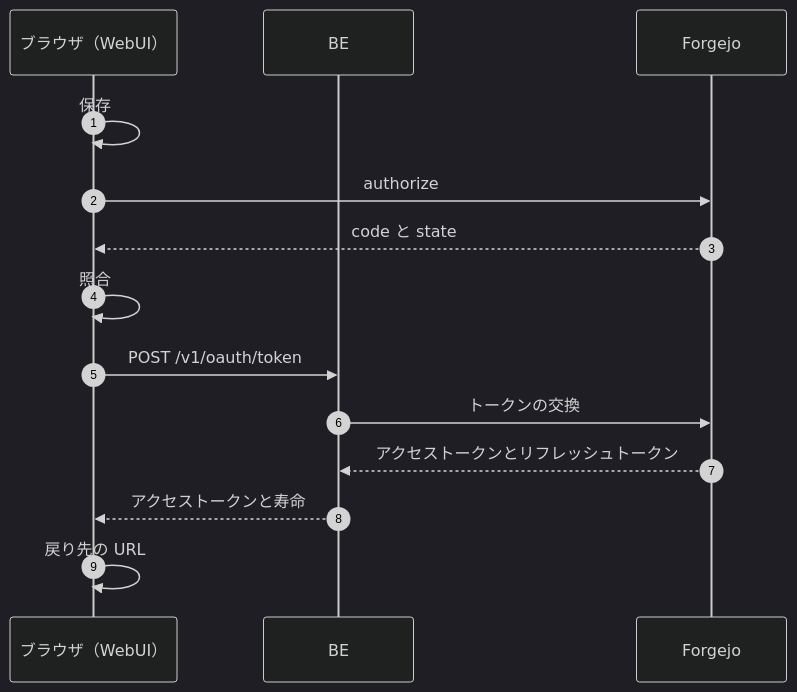
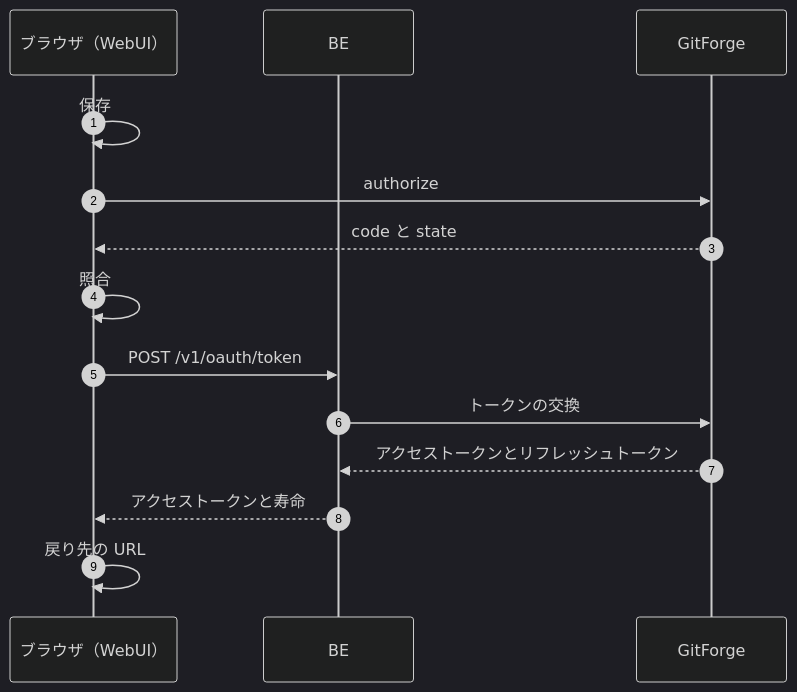
The diagram in design/webui/signin-flow.md (yamambainc/logiforge), drawn with Mermaid (dark theme) before and after one commit. The commit also changed other lines of this file and 48 other files, not shown here.

````diff
--- a/design/webui/signin-flow.md
+++ b/design/webui/signin-flow.md
@@ -8,16 +8,16 @@
 ```mermaid
 sequenceDiagram
   autonumber
   participant B as ブラウザ（WebUI）
   participant BE as BE
-  participant F as Forgejo
+  participant G as GitForge
   B->>B: 保存
-  B->>F: authorize
-  F-->>B: code と state
+  B->>G: authorize
+  G-->>B: code と state
   B->>B: 照合
   B->>BE: POST /v1/oauth/token
-  BE->>F: トークンの交換
-  F-->>BE: アクセストークンとリフレッシュトークン
+  BE->>G: トークンの交換
+  G-->>BE: アクセストークンとリフレッシュトークン
   BE-->>B: アクセストークンと寿命
   B->>B: 戻り先の URL
 ```
````
